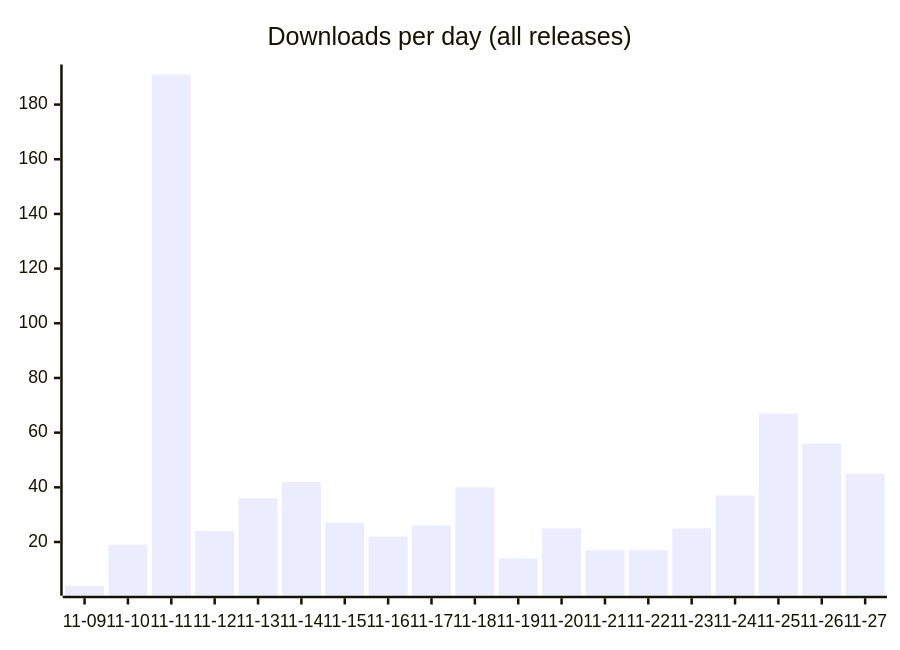
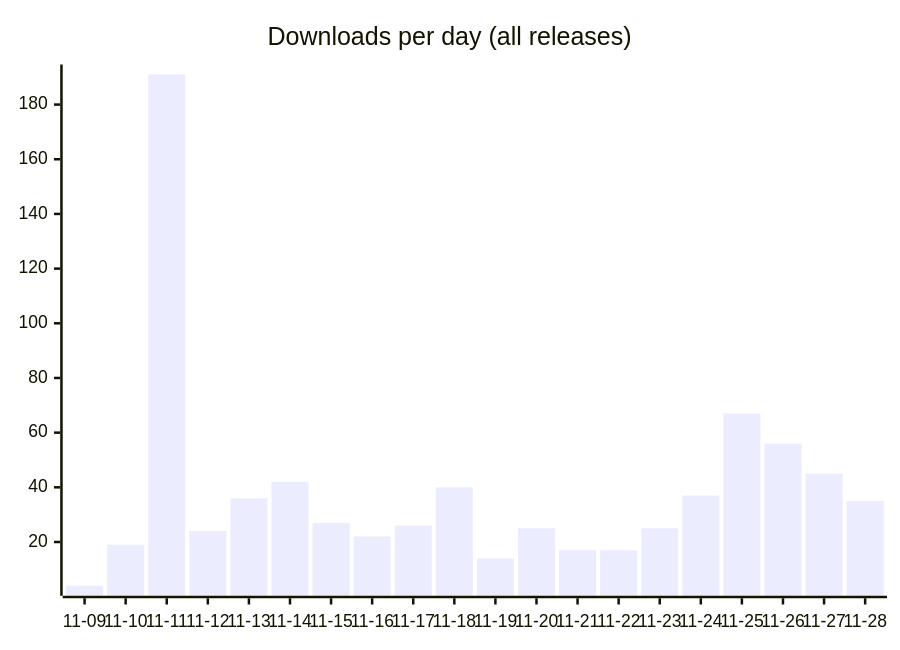
Before and after one commit to fmadore/Live-translation: the first of 2 diagrams in README.md, drawn with Mermaid. The commit also changed other lines of this file and 3 other files, not shown here.

````diff
--- a/README.md
+++ b/README.md
@@ -58,6 +58,6 @@
 ```mermaid
 xychart-beta
     title "Downloads per day (all releases)"
-    x-axis ["11-09", "11-10", "11-11", "11-12", "11-13", "11-14", "11-15", "11-16", "11-17", "11-18", "11-19", "11-20", "11-21", "11-22", "11-23", "11-24", "11-25", "11-26", "11-27"]
-    bar [4, 19, 191, 24, 36, 42, 27, 22, 26, 40, 14, 25, 17, 17, 25, 37, 67, 56, 45]
+    x-axis ["11-09", "11-10", "11-11", "11-12", "11-13", "11-14", "11-15", "11-16", "11-17", "11-18", "11-19", "11-20", "11-21", "11-22", "11-23", "11-24", "11-25", "11-26", "11-27", "11-28"]
+    bar [4, 19, 191, 24, 36, 42, 27, 22, 26, 40, 14, 25, 17, 17, 25, 37, 67, 56, 45, 35]
 ```
````
